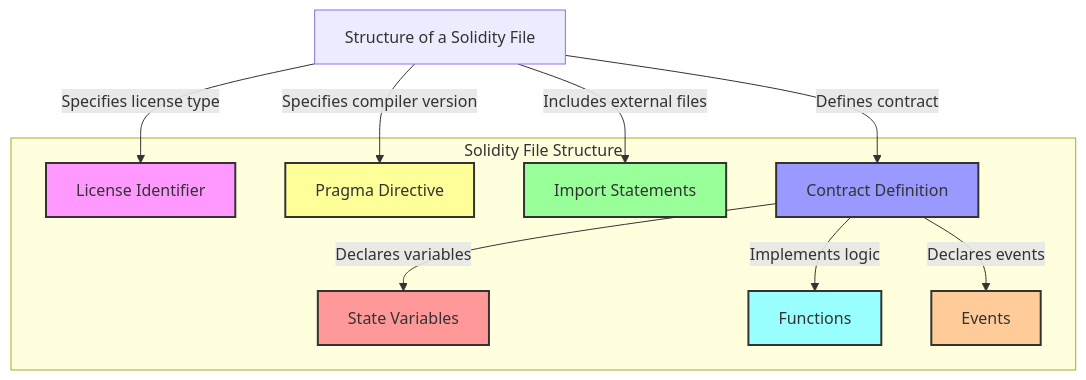
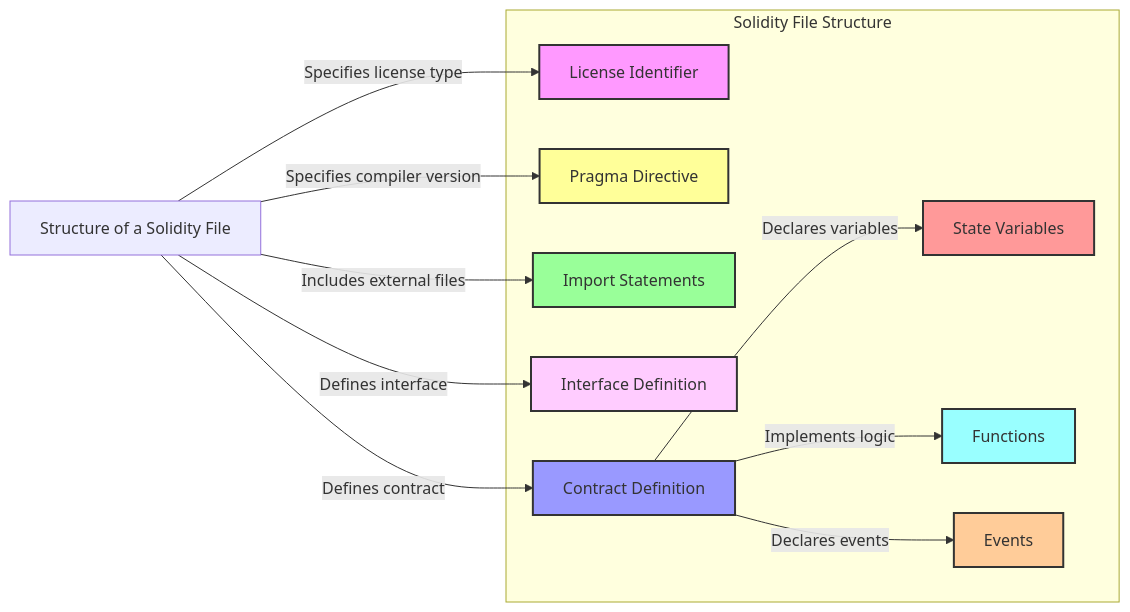
The first of 32 diagrams in _posts/2024-07-09-smart-contract.md (kelvin-bz/blog), drawn with Mermaid before and after one commit. The commit also changed other lines of this file and 2 other files, not shown here.

````diff
--- a/_posts/2024-07-09-smart-contract.md
+++ b/_posts/2024-07-09-smart-contract.md
@@ -16,38 +16,43 @@
 ```mermaid
-graph TB
+graph LR
     classDef license fill:#f9f,stroke:#333,stroke-width:2px;
     classDef pragma fill:#ff9,stroke:#333,stroke-width:2px;
     classDef import fill:#9f9,stroke:#333,stroke-width:2px;
     classDef contract fill:#99f,stroke:#333,stroke-width:2px;
+    classDef interface fill:#fcf,stroke:#333,stroke-width:2px;
     classDef state fill:#f99,stroke:#333,stroke-width:2px;
     classDef function fill:#9ff,stroke:#333,stroke-width:2px;
     classDef event fill:#fc9,stroke:#333,stroke-width:2px;
 
     solidityFile["Structure of a Solidity File"]
     licenseIdentifier["License Identifier"]:::license
     pragmaDirective["Pragma Directive"]:::pragma
     importStatements["Import Statements"]:::import
+    interfaceDefinition["Interface Definition"]:::interface
     contractDefinition["Contract Definition"]:::contract
     stateVariables["State Variables"]:::state
     functions["Functions"]:::function
     events["Events"]:::event
 
     solidityFile -->|Specifies license type| licenseIdentifier
     solidityFile -->|Specifies compiler version| pragmaDirective
     solidityFile -->|Includes external files| importStatements
+    solidityFile -->|Defines interface| interfaceDefinition
     solidityFile -->|Defines contract| contractDefinition
     contractDefinition -->|Declares variables| stateVariables
     contractDefinition -->|Implements logic| functions
     contractDefinition -->|Declares events| events
 
     subgraph fileStructure["Solidity File Structure"]
         licenseIdentifier
         pragmaDirective
         importStatements
+        interfaceDefinition
         contractDefinition
         stateVariables
         functions
         events
     end
 
+
 ```
````
